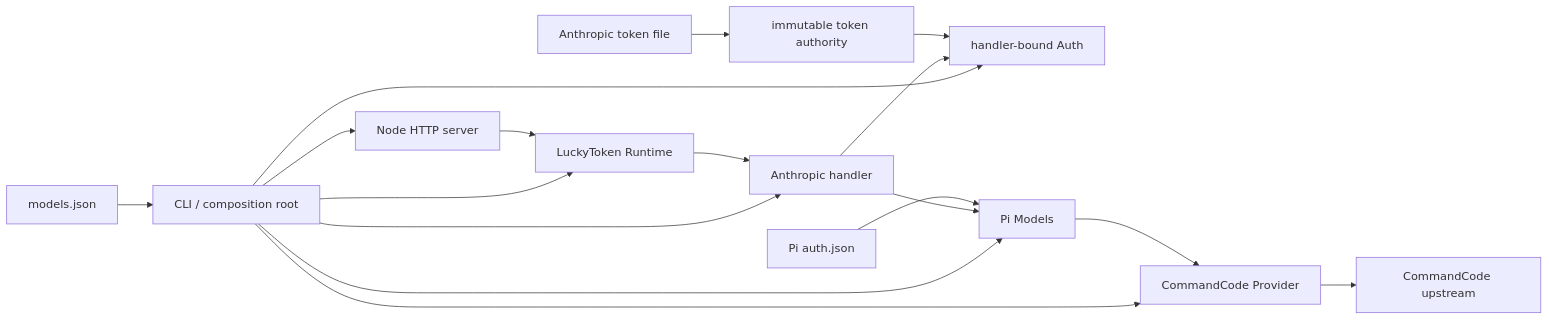
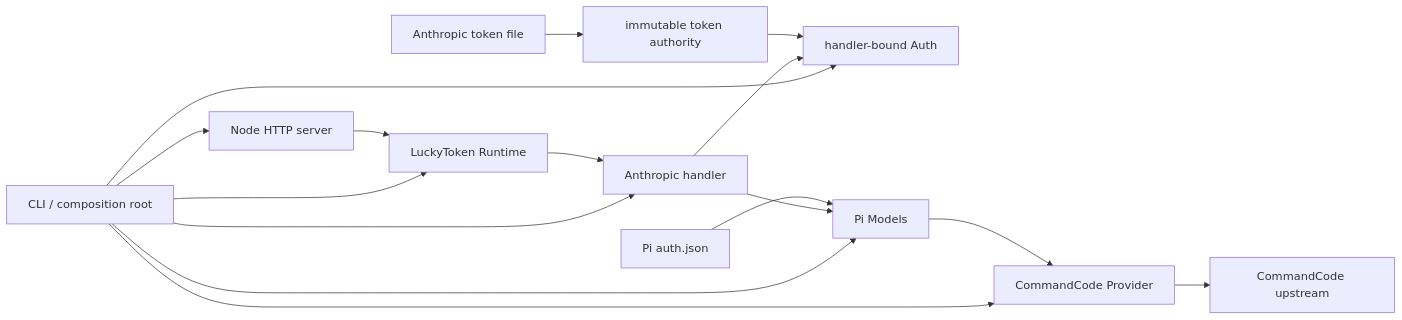
One commit to keeplearning2026/LuckyToken changed the fourth of 21 diagrams in doc/LuckyTokenArchitecture.md. Above: the diagram before and after it, drawn with Mermaid. The commit also changed other lines of this file and 34 other files, not shown here.

````diff
--- a/doc/LuckyTokenArchitecture.md
+++ b/doc/LuckyTokenArchitecture.md
@@ -240,21 +245,20 @@
 ```mermaid
 flowchart LR
     CLI["CLI / composition root"] --> Server["Node HTTP server"]
     CLI --> Runtime["LuckyToken Runtime"]
     CLI --> AH["Anthropic handler"]
     CLI --> Auth["handler-bound Auth"]
     CLI --> Models["Pi Models"]
     CLI --> CCP["CommandCode Provider"]
 
     Server --> Runtime
     Runtime --> AH
     AH --> Auth
     AH --> Models
     Models --> CCP
     CCP --> Upstream["CommandCode upstream"]
 
     TokenFile["Anthropic token file"] --> Authority["immutable token authority"]
     Authority --> Auth
-    ModelsFile["models.json"] --> CLI
     PiAuth["Pi auth.json"] --> Models
 ```
````
